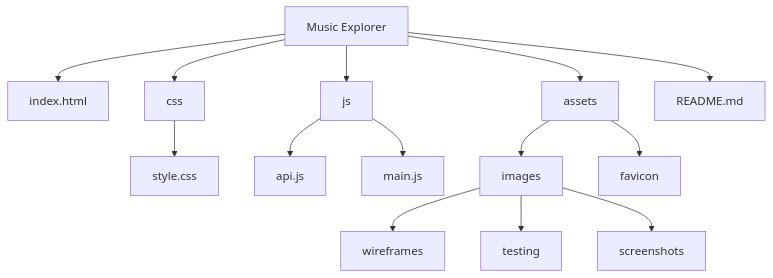
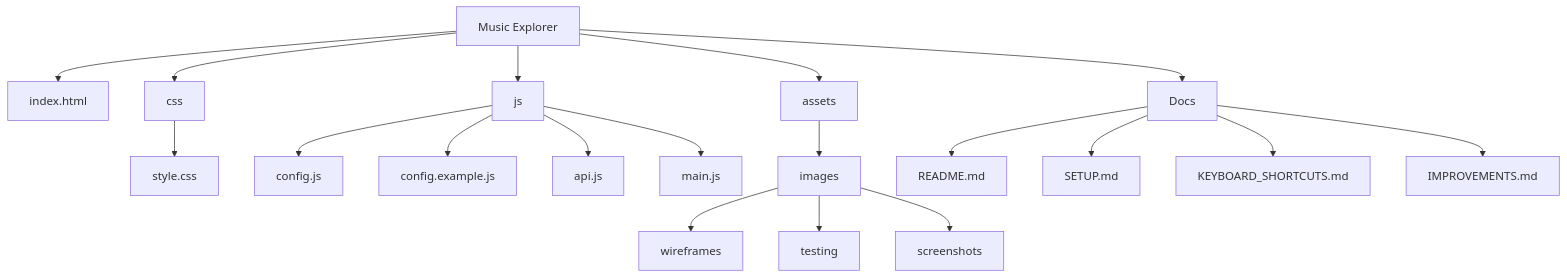
Before and after one commit to aransys/Project-2: the first of 2 diagrams in README.md, drawn with Mermaid. The commit also changed other lines of this file and 6 other files, not shown here.

````diff
--- a/README.md
+++ b/README.md
@@ -1942,22 +1952,28 @@
 ```mermaid
 graph TD
   root[Music Explorer]
 
   root --> index[index.html]
   root --> cssDir[css]
   root --> jsDir[js]
   root --> assetsDir[assets]
-  root --> readme[README.md]
+  root --> docs[Docs]
 
   cssDir --> styleFile[style.css]
 
+  jsDir --> configFile[config.js]
+  jsDir --> configEx[config.example.js]
   jsDir --> apiFile[api.js]
   jsDir --> mainFile[main.js]
 
   assetsDir --> imagesDir[images]
-  assetsDir --> faviconDir[favicon]
 
   imagesDir --> wireframesDir[wireframes]
   imagesDir --> testingDir[testing]
   imagesDir --> screenshotsDir[screenshots]
+
+  docs --> readme[README.md]
+  docs --> setup[SETUP.md]
+  docs --> shortcuts[KEYBOARD_SHORTCUTS.md]
+  docs --> changelog[IMPROVEMENTS.md]
 ```
````
